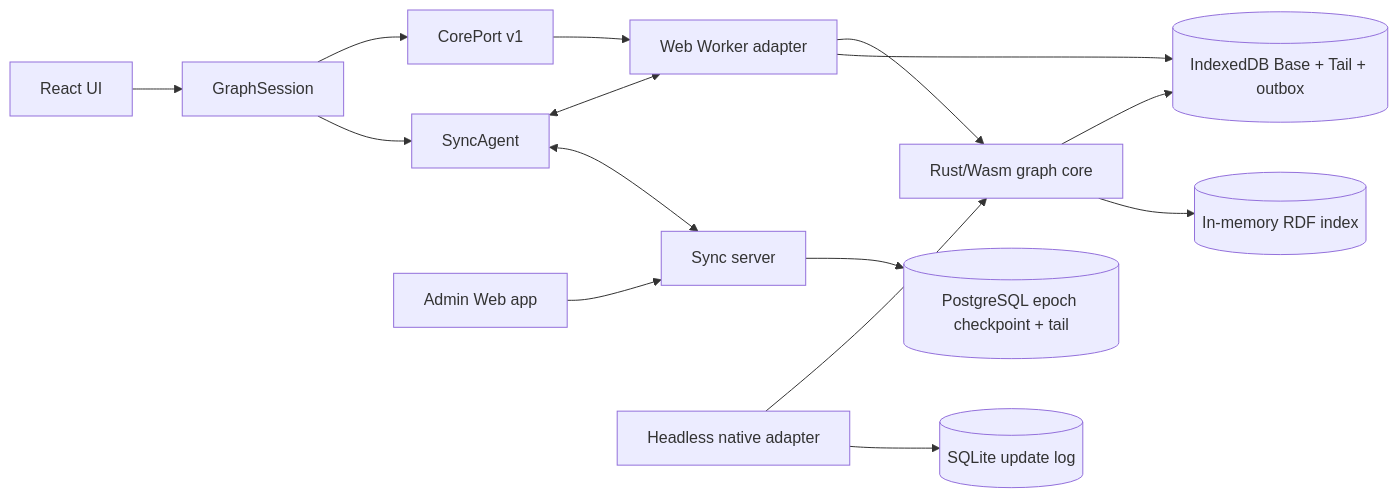
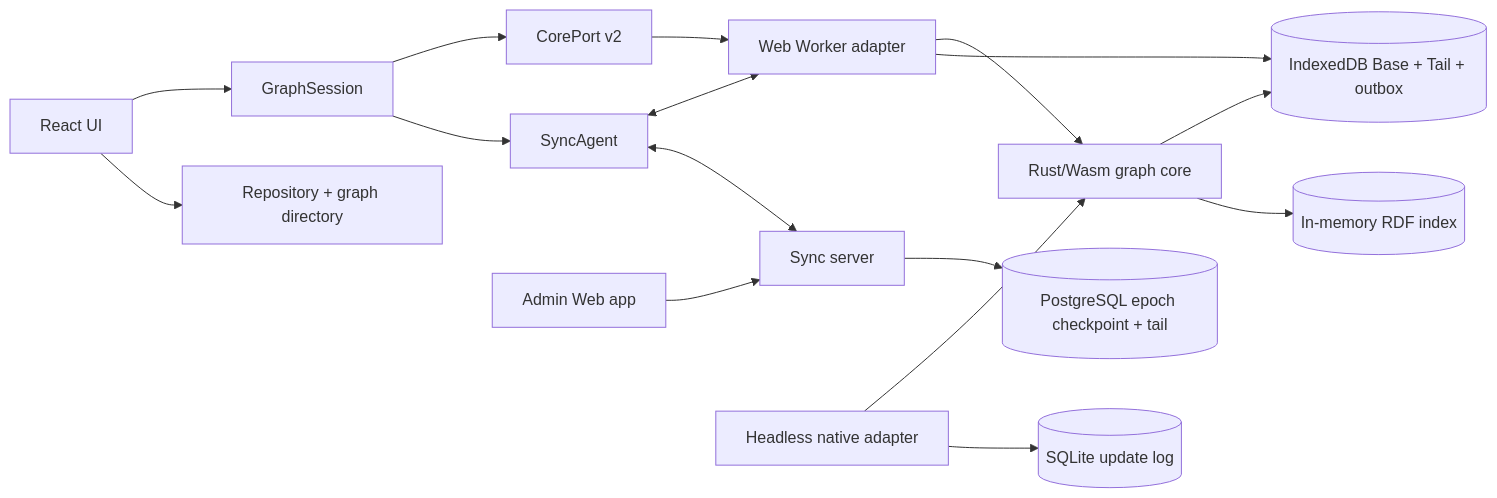
The diagram in ARCHITECTURE.md (waneon/neoseq), drawn with Mermaid before and after one commit. The commit also changed other lines of this file and 69 other files, not shown here.

Commit message:
feat: add remote repository graph catalogs

````diff
--- a/ARCHITECTURE.md
+++ b/ARCHITECTURE.md
@@ -39,20 +40,21 @@
 ```mermaid
 flowchart LR
     UI[React UI] --> Session[GraphSession]
-    Session --> Port[CorePort v1]
+    UI --> Directory[Repository + graph directory]
+    Session --> Port[CorePort v2]
     Session --> Agent[SyncAgent]
     Port --> Worker[Web Worker adapter]
     Worker --> Core[Rust/Wasm graph core]
     Worker --> Store[(IndexedDB Base + Tail + outbox)]
     Core --> Store
     Core --> Index[(In-memory RDF index)]
 
     Agent <--> Worker
     Agent <--> Sync[Sync server]
     Sync --> Postgres[(PostgreSQL epoch checkpoint + tail)]
 
     Admin[Admin Web app] --> Sync
 
     Native[Headless native adapter] --> Core
     Native --> SQLite[(SQLite update log)]
 ```
````
